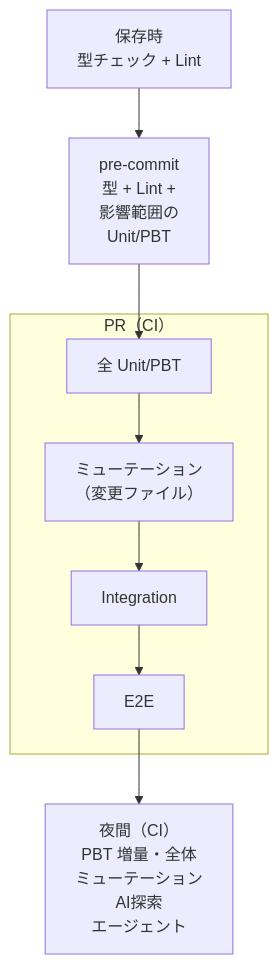
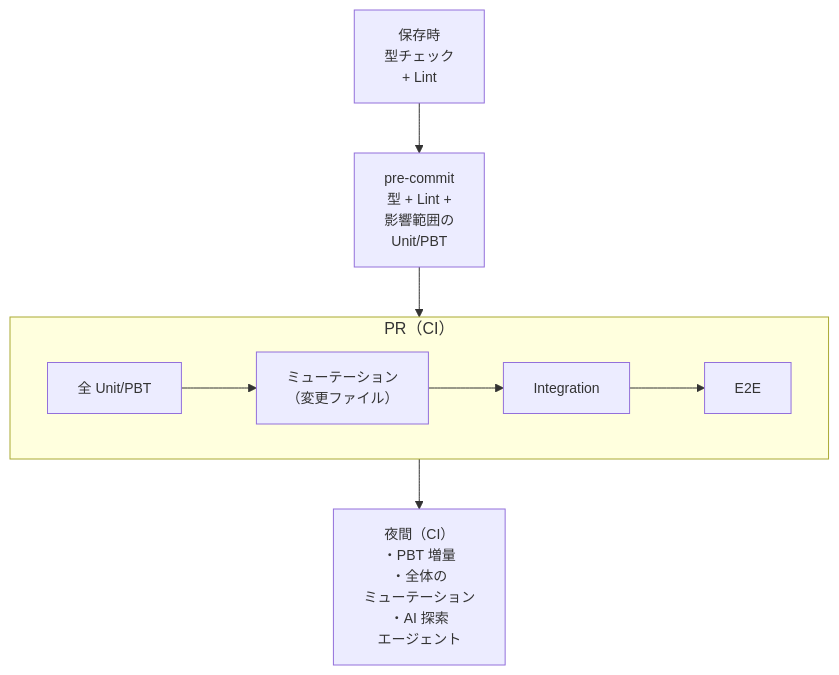
The first of 2 diagrams in docs/testing/02b-execution-and-mutation.md (toshio-shiratori/harness-test-strategy), drawn with Mermaid before and after one commit. The commit also changed other lines of this file and 5 other files, not shown here.

First line of the commit message:
docs: docs/testing の図で、ノード内の文字が GitHub 上で語の途中で折り返すのを直す (#210) (#220)

````diff
--- a/docs/testing/02b-execution-and-mutation.md
+++ b/docs/testing/02b-execution-and-mutation.md
@@ -32,9 +32,10 @@
 ```mermaid
 flowchart TB
-  A["保存時<br/>型チェック + Lint"] --> B["pre-commit<br/>型 + Lint +<br/>影響範囲の<br/>Unit/PBT"]
+  A["保存時<br/>型チェック<br/>+ Lint"] --> B["pre-commit<br/>型 + Lint +<br/>影響範囲の<br/>Unit/PBT"]
   subgraph PR["PR（CI）"]
     C1["全 Unit/PBT"] --> C2["ミューテーション<br/>（変更ファイル）"] --> C3["Integration"] --> C4["E2E"]
   end
-  B --> C1
-  C4 --> D["夜間（CI）<br/>PBT 増量・全体<br/>ミューテーション<br/>AI探索<br/>エージェント"]
+  B --> PR
+  PR --> D["夜間（CI）<br/>・PBT 増量<br/>・全体の<br/>ミューテーション<br/>・AI 探索<br/>エージェント"]
+  classDef default font-size:14px
 ```
````
